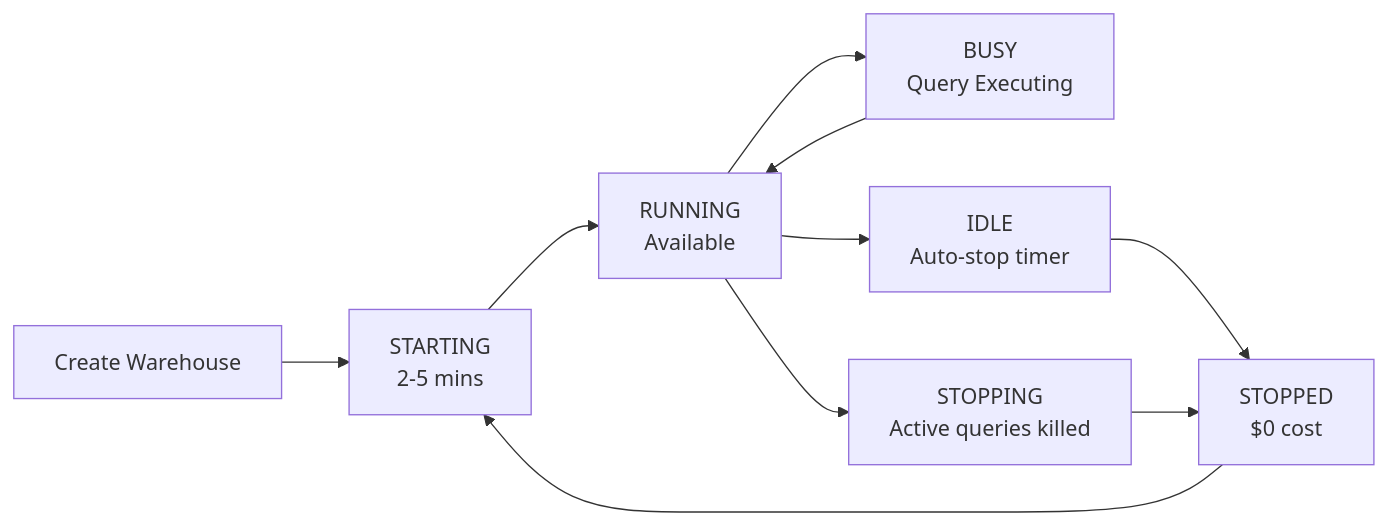
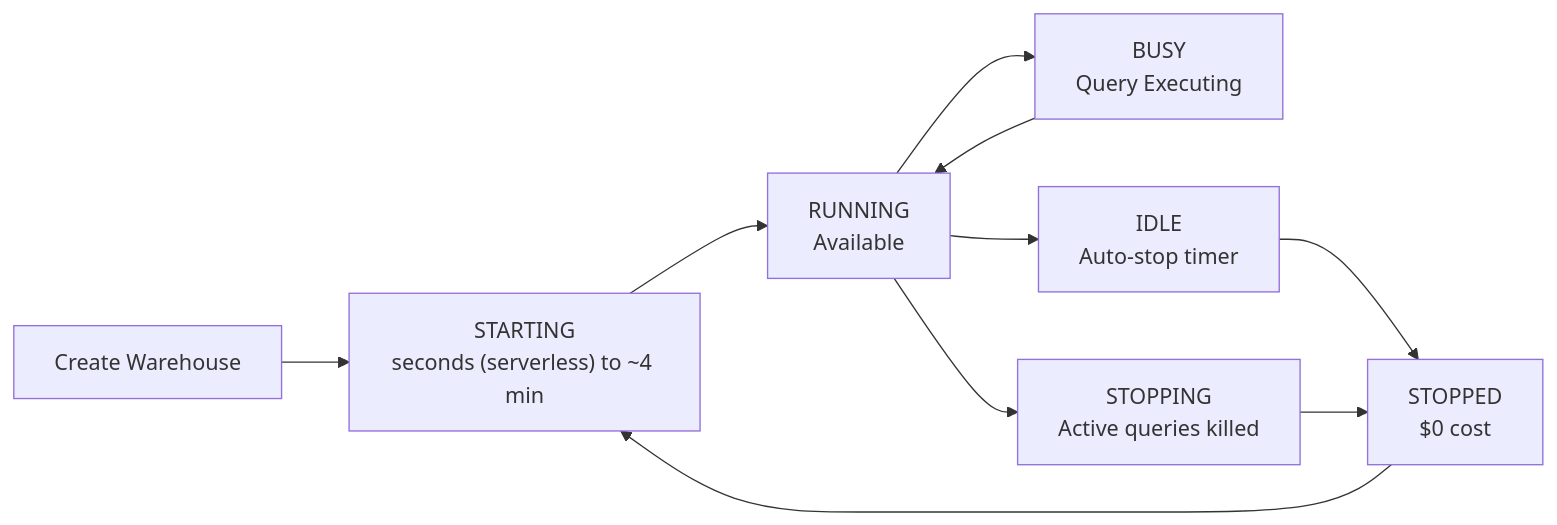
The second of 2 diagrams in certifications/data-analyst-associate/01-executing-queries-databricks-sql-warehouses/01-sql-warehouses.md (kengio/databricks-certification-study-guide), drawn with Mermaid before and after one commit. The commit also changed other lines of this file and 66 other files, not shown here.

````diff
--- a/certifications/data-analyst-associate/01-executing-queries-databricks-sql-warehouses/01-sql-warehouses.md
+++ b/certifications/data-analyst-associate/01-executing-queries-databricks-sql-warehouses/01-sql-warehouses.md
@@ -166,12 +131,12 @@
 ```mermaid
 flowchart LR
-    Create["Create Warehouse"] --> Starting["STARTING<br/>2-5 mins"]
+    Create["Create Warehouse"] --> Starting["STARTING<br/>seconds (serverless) to ~4 min"]
     Starting --> Running["RUNNING<br/>Available"]
     Running --> Busy["BUSY<br/>Query Executing"]
     Busy --> Running
     Running --> Idle["IDLE<br/>Auto-stop timer"]
     Idle --> Stopped["STOPPED<br/>$0 cost"]
     Stopped --> Starting
     Running --> Stopping["STOPPING<br/>Active queries killed"]
     Stopping --> Stopped
 ```
````
